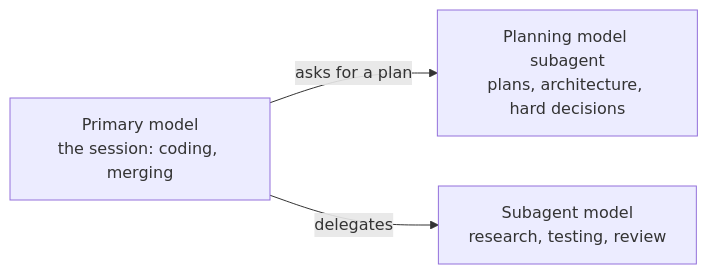
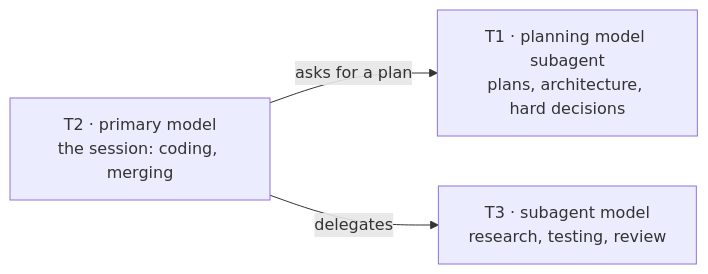
One commit to mattsilv/harness changed the second of 2 diagrams in README.md. Above: the diagram before and after it, drawn with Mermaid. The commit also changed other lines of this file and 5 other files, not shown here.

````diff
--- a/README.md
+++ b/README.md
@@ -51,5 +51,5 @@
 ```mermaid
 flowchart LR
-  T2["Primary model<br>the session: coding, merging"] -->|asks for a plan| T1["Planning model subagent<br>plans, architecture, hard decisions"]
-  T2 -->|delegates| T3["Subagent model<br>research, testing, review"]
+  T2["T2 · primary model<br>the session: coding, merging"] -->|asks for a plan| T1["T1 · planning model subagent<br>plans, architecture, hard decisions"]
+  T2 -->|delegates| T3["T3 · subagent model<br>research, testing, review"]
 ```
````
